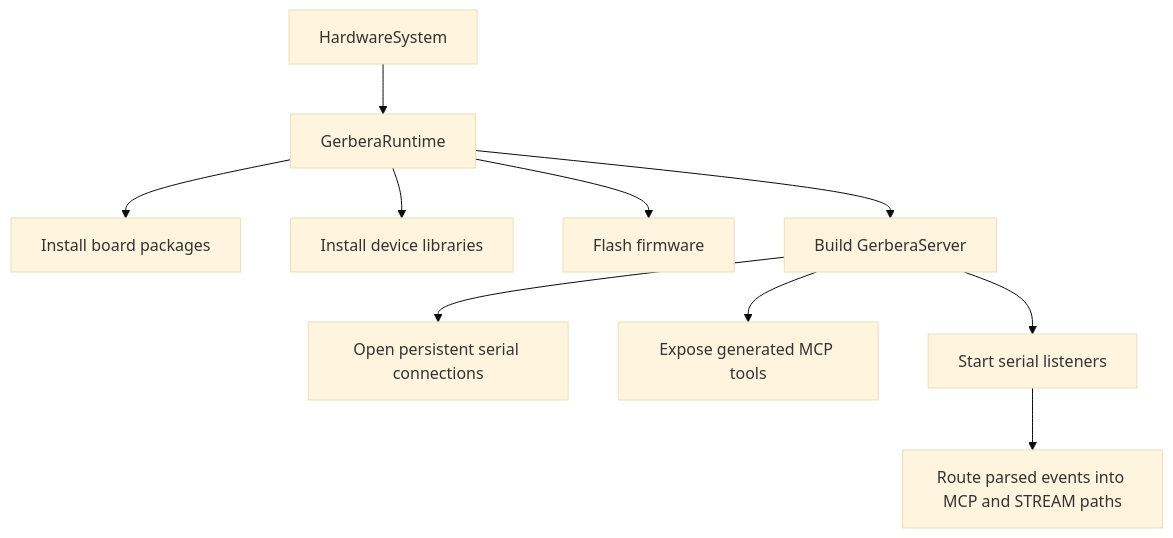
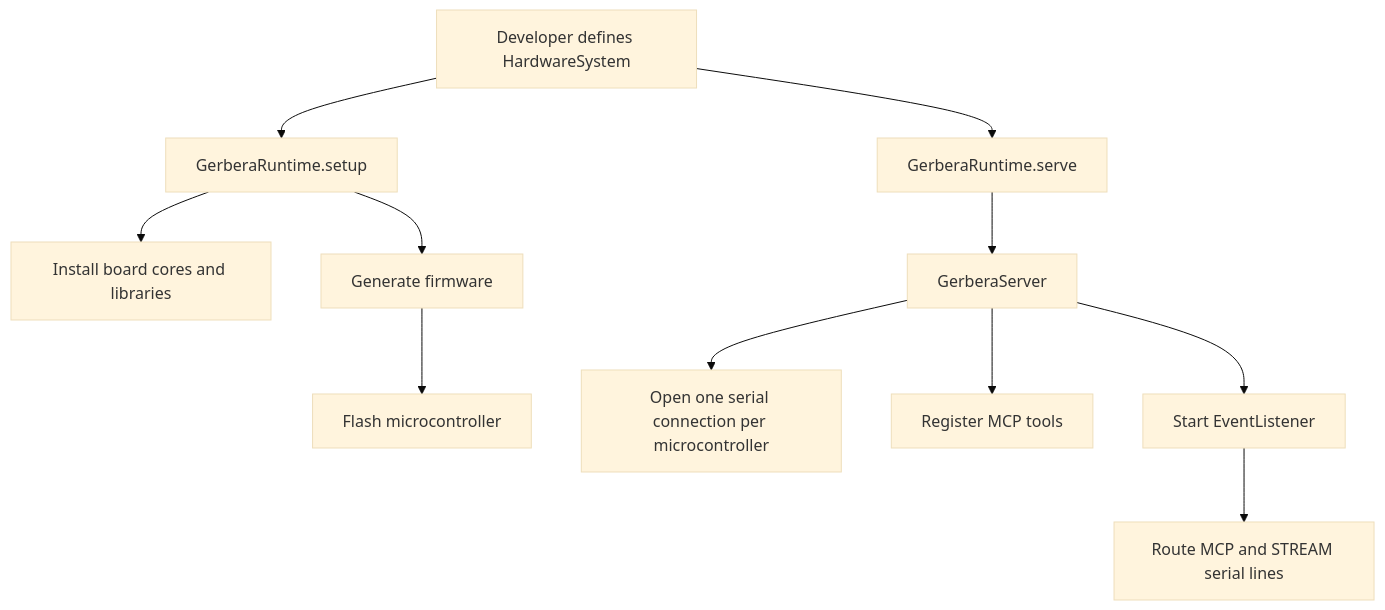
Before and after one commit to BaronLiu1993/gerbera: the first of 3 diagrams in README.md, drawn with Mermaid (base theme). The commit also changed other lines of this file and 14 other files, not shown here.

````diff
--- a/README.md
+++ b/README.md
@@ -243,12 +26,13 @@
 ```mermaid
 flowchart TD
-    A[HardwareSystem] --> B[GerberaRuntime]
-    B --> C[Install board packages]
-    B --> D[Install device libraries]
-    B --> E[Flash firmware]
-    B --> F[Build GerberaServer]
-    F --> G[Open persistent serial connections]
-    F --> H[Expose generated MCP tools]
-    F --> I[Start serial listeners]
-    I --> J[Route parsed events into MCP and STREAM paths]
+    A[Developer defines HardwareSystem] --> B[GerberaRuntime.setup]
+    B --> C[Install board cores and libraries]
+    B --> D[Generate firmware]
+    D --> E[Flash microcontroller]
+    A --> F[GerberaRuntime.serve]
+    F --> G[GerberaServer]
+    G --> H[Open one serial connection per microcontroller]
+    G --> I[Register MCP tools]
+    G --> J[Start EventListener]
+    J --> K[Route MCP and STREAM serial lines]
 ```
````
